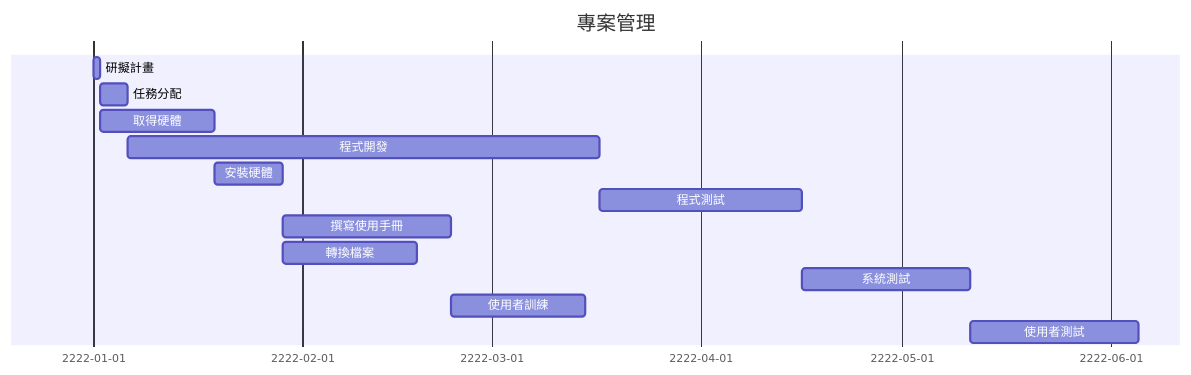
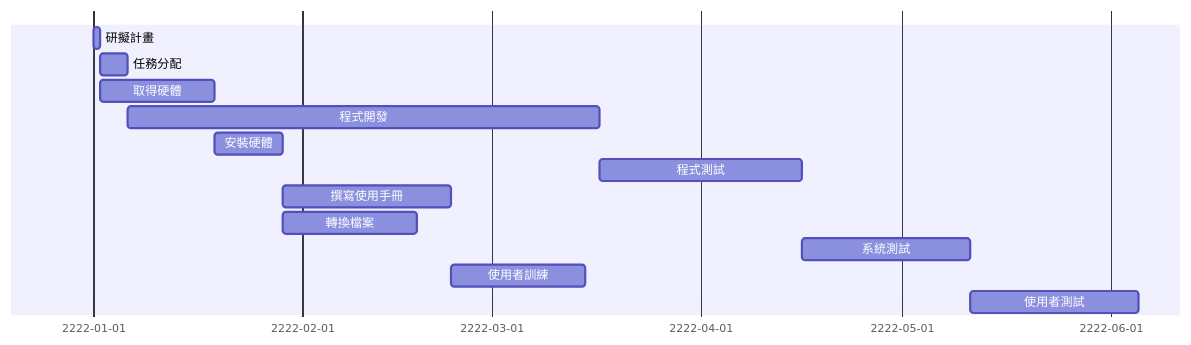
The diagram in hw2.md (C110118256/23b), drawn with Mermaid before and after one commit.

````diff
--- a/hw2.md
+++ b/hw2.md
@@ -3,15 +3,14 @@
 ```mermaid
 gantt
-    title 專案管理
     研擬計畫:a1, 2222-01-01, 1d
     任務分配:a2, after a1, 4d
     取得硬體:a3, after a1, 17d
     程式開發:a4, after a2, 70d
     安裝硬體:a5, after a3, 10d
     程式測試:a6, after a4, 30d
     撰寫使用手冊:a7, after a5, 25d
     轉換檔案:a8, after a5, 20d
     系統測試:a9, after a6, 25d
     使用者訓練:a10, after a7 & a8, 20d
     使用者測試:a11, after a9 & a10, 25d
 ```
````
